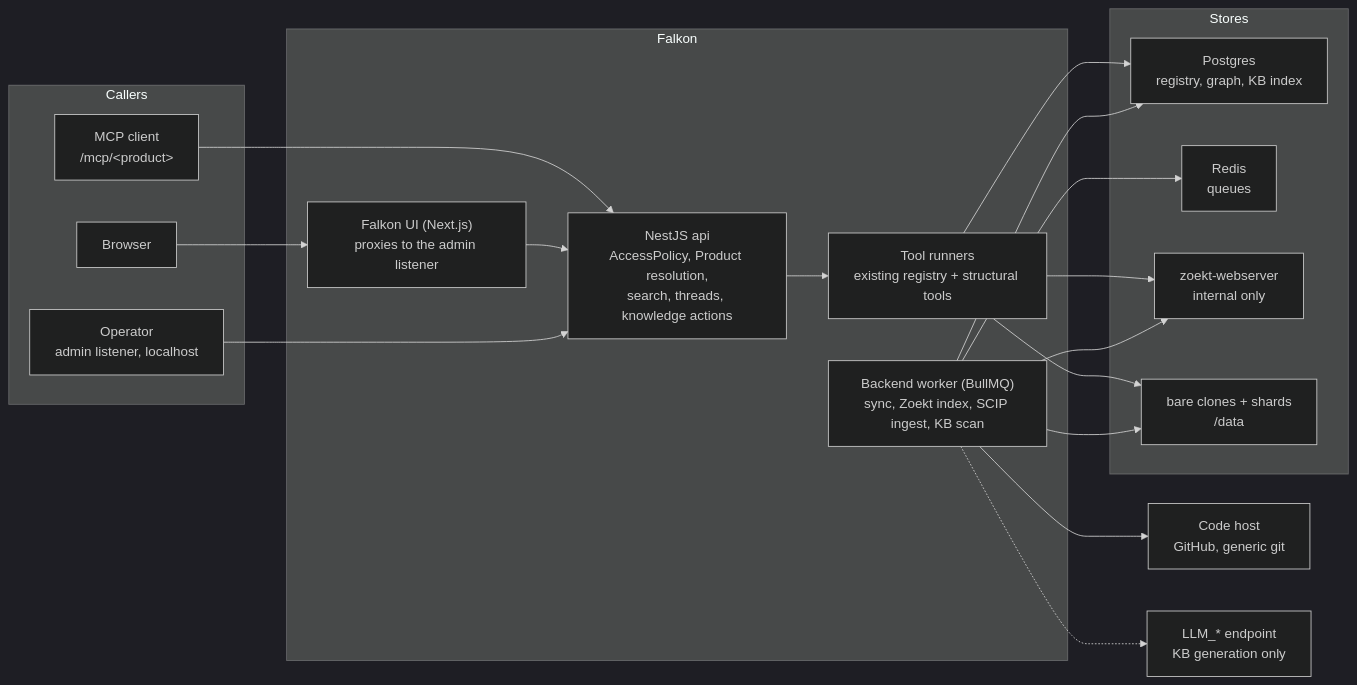
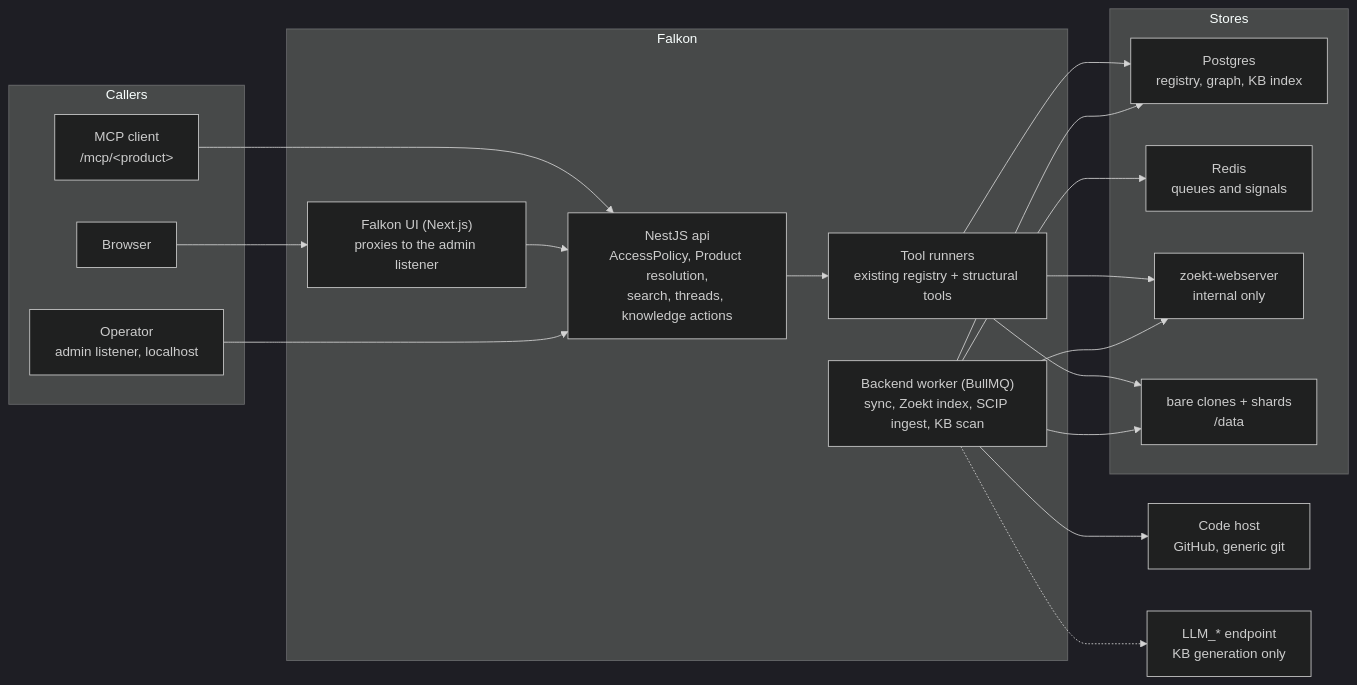
One commit to 0xaeres/falkon changed the first of 2 diagrams in docs/adr/0001-falkon-architecture.md. Above: the diagram before and after it, drawn with Mermaid (dark theme). The commit also changed other lines of this file and 21 other files, not shown here.

````diff
--- a/docs/adr/0001-falkon-architecture.md
+++ b/docs/adr/0001-falkon-architecture.md
@@ -102,32 +102,32 @@
 ```mermaid
 flowchart LR
   subgraph Callers
     A["MCP client<br/>/mcp/&lt;product&gt;"]
     U["Browser"]
     OP["Operator<br/>admin listener, localhost"]
   end
 
   subgraph Falkon
     N["NestJS api<br/>AccessPolicy, Product resolution,<br/>search, threads, knowledge actions"]
     T["Tool runners<br/>existing registry + structural tools"]
     W["Falkon UI (Next.js)<br/>proxies to the admin listener"]
     B["Backend worker (BullMQ)<br/>sync, Zoekt index, SCIP ingest, KB scan"]
   end
 
   subgraph Stores
     PG["Postgres<br/>registry, graph, KB index"]
-    RD["Redis<br/>queues"]
+    RD["Redis<br/>queues and signals"]
     ZK["zoekt-webserver<br/>internal only"]
     GIT["bare clones + shards<br/>/data"]
   end
 
   CH["Code host<br/>GitHub, generic git"]
   LLM["LLM_* endpoint<br/>KB generation only"]
 
   A --> N --> T
   U --> W --> N
   OP --> N
   T --> ZK & GIT & PG
   B --> CH & GIT & PG & RD & ZK
   B -.-> LLM
 ```
````
